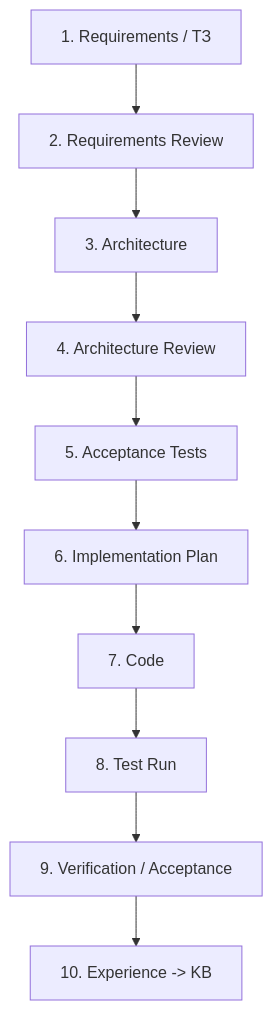
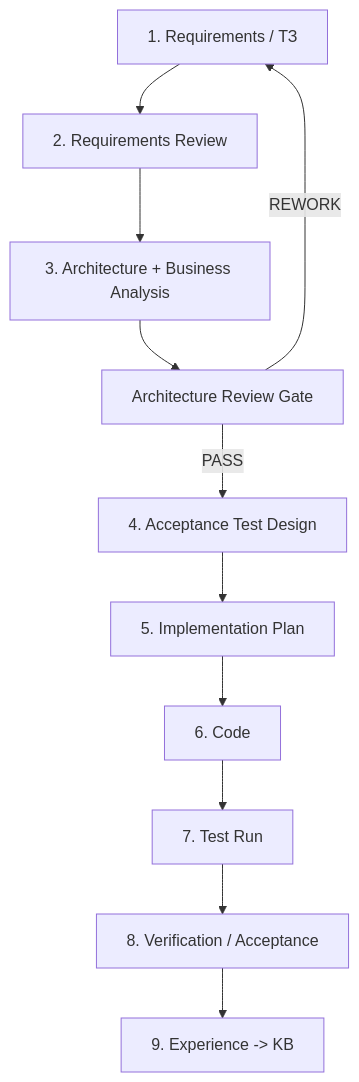
The second of 2 diagrams in README.md (VictorKVS/OSINT_deepseek), drawn with Mermaid before and after one commit. The commit also changed other lines of this file, not shown here.

Commit message:
Set Stage 3 architecture and business analysis as current project gate

````diff
--- a/README.md
+++ b/README.md
@@ -27,12 +27,13 @@
 ```mermaid
 flowchart TD
     R[1. Requirements / ТЗ] --> RV[2. Requirements Review]
-    RV --> A[3. Architecture]
-    A --> AV[4. Architecture Review]
-    AV --> T[5. Acceptance Tests]
-    T --> P[6. Implementation Plan]
-    P --> C[7. Code]
-    C --> TR[8. Test Run]
-    TR --> V[9. Verification / Acceptance]
-    V --> E[10. Experience -> KB]
+    RV --> A[3. Architecture + Business Analysis]
+    A --> AV[Architecture Review Gate]
+    AV -->|PASS| T[4. Acceptance Test Design]
+    AV -->|REWORK| R
+    T --> P[5. Implementation Plan]
+    P --> C[6. Code]
+    C --> TR[7. Test Run]
+    TR --> V[8. Verification / Acceptance]
+    V --> E[9. Experience -> KB]
 ```
````
